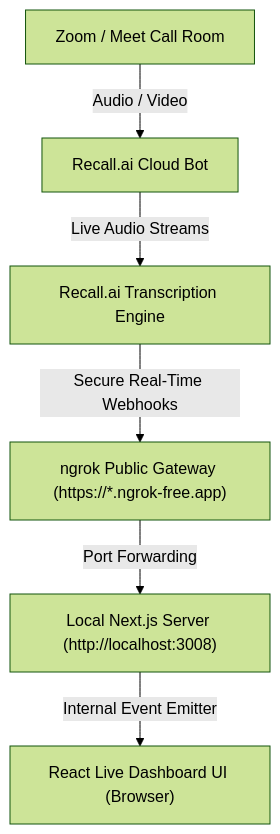
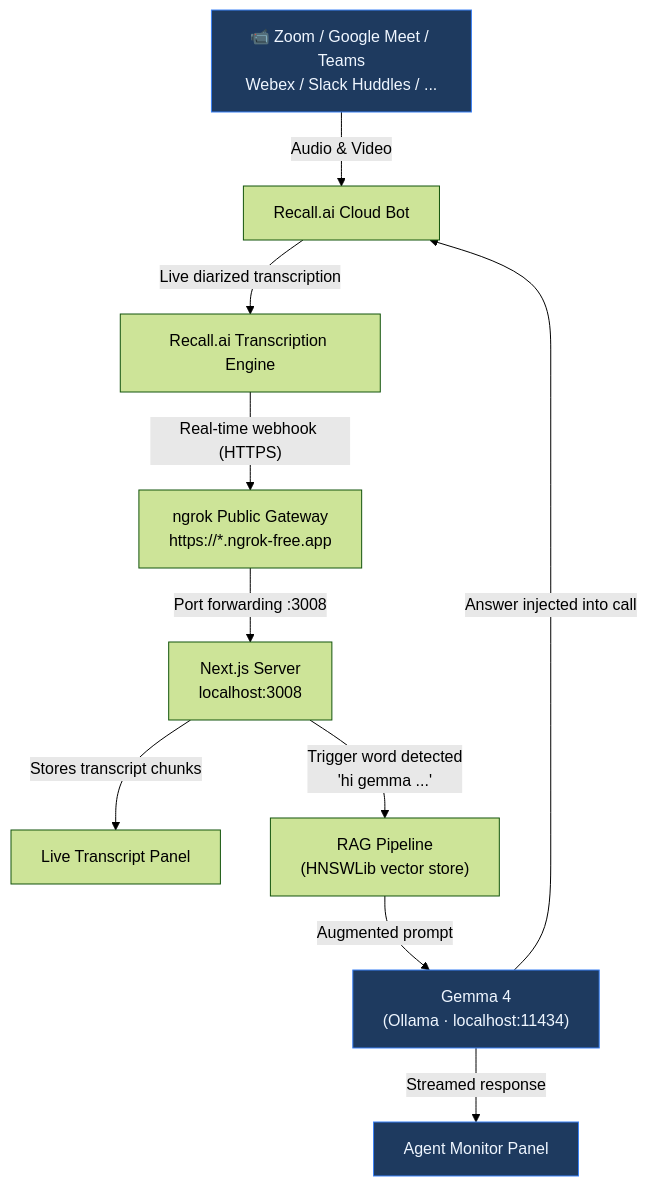
Before and after one commit to tianchengc/meem8: the second of 2 diagrams in README.md, drawn with Mermaid (forest theme). The commit also changed other lines of this file, not shown here.

First line of the commit message:
docs: rewrite README for dual-mode architecture

````diff
--- a/README.md
+++ b/README.md
@@ -11,8 +46,16 @@
 ```mermaid
 graph TD
-    A["Zoom / Meet Call Room"] -->|Audio / Video| B["Recall.ai Cloud Bot"]
-    B -->|Live Audio Streams| C["Recall.ai Transcription Engine"]
-    C -->|Secure Real-Time Webhooks| D["ngrok Public Gateway (https://*.ngrok-free.app)"]
-    D -->|Port Forwarding| E["Local Next.js Server (http://localhost:3008)"]
-    E -->|Internal Event Emitter| F["React Live Dashboard UI (Browser)"]
+    A["📹 Zoom / Google Meet / Teams\nWebex / Slack Huddles / ..."] -->|"Audio & Video"| B["Recall.ai Cloud Bot"]
+    B -->|"Live diarized transcription"| C["Recall.ai Transcription Engine"]
+    C -->|"Real-time webhook (HTTPS)"| D["ngrok Public Gateway\nhttps://*.ngrok-free.app"]
+    D -->|"Port forwarding :3008"| E["Next.js Server\nlocalhost:3008"]
+    E -->|"Stores transcript chunks"| F["Live Transcript Panel"]
+    E -->|"Trigger word detected\n'hi gemma ...'"| G["RAG Pipeline\n(HNSWLib vector store)"]
+    G -->|"Augmented prompt"| H["Gemma 4\n(Ollama · localhost:11434)"]
+    H -->|"Streamed response"| I["Agent Monitor Panel"]
+    H -->|"Answer injected into call"| B
+
+    style A fill:#1e3a5f,stroke:#3b82f6,color:#eff6ff
+    style H fill:#1e3a5f,stroke:#3b82f6,color:#eff6ff
+    style I fill:#1e3a5f,stroke:#3b82f6,color:#eff6ff
 ```
````
